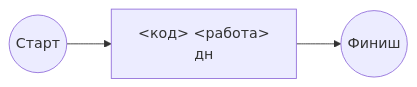
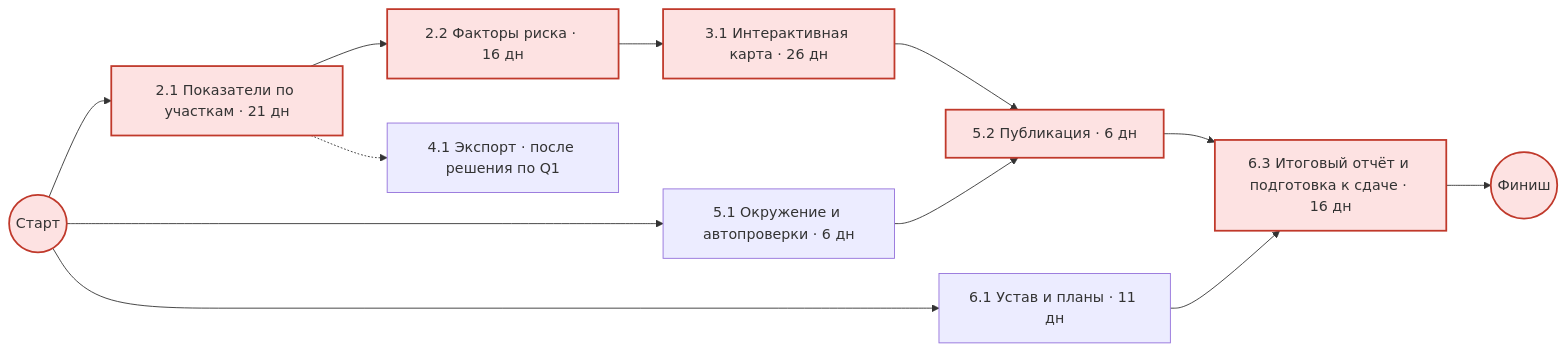
One commit to renvoid72/pm-lab-5-CIA changed the first of 2 diagrams in docs/schedule.md. Above: the diagram before and after it, drawn with Mermaid. The commit also changed other lines of this file, not shown here.

````diff
--- a/docs/schedule.md
+++ b/docs/schedule.md
@@ -15,6 +16,16 @@
 ```mermaid
 flowchart LR
-    S((Старт)) --> A[<код> <работа><br/><N> дн]
-    A --> Z((Финиш))
+    S((Старт)) --> A["2.1 Показатели по участкам · 21 дн"]
+    A --> B["2.2 Факторы риска · 16 дн"]
+    B --> C["3.1 Интерактивная карта · 26 дн"]
+    S --> D["5.1 Окружение и автопроверки · 6 дн"]
+    C --> E["5.2 Публикация · 6 дн"]
+    D --> E
+    S --> F["6.1 Устав и планы · 11 дн"]
+    E --> G["6.3 Итоговый отчёт и подготовка к сдаче · 16 дн"]
+    F --> G
+    G --> Z((Финиш))
+    A -.-> H["4.1 Экспорт · после решения по Q1"]
     classDef crit fill:#fde2e2,stroke:#c0392b,stroke-width:2px;
+    class S,A,B,C,E,G,Z crit;
 ```
````
